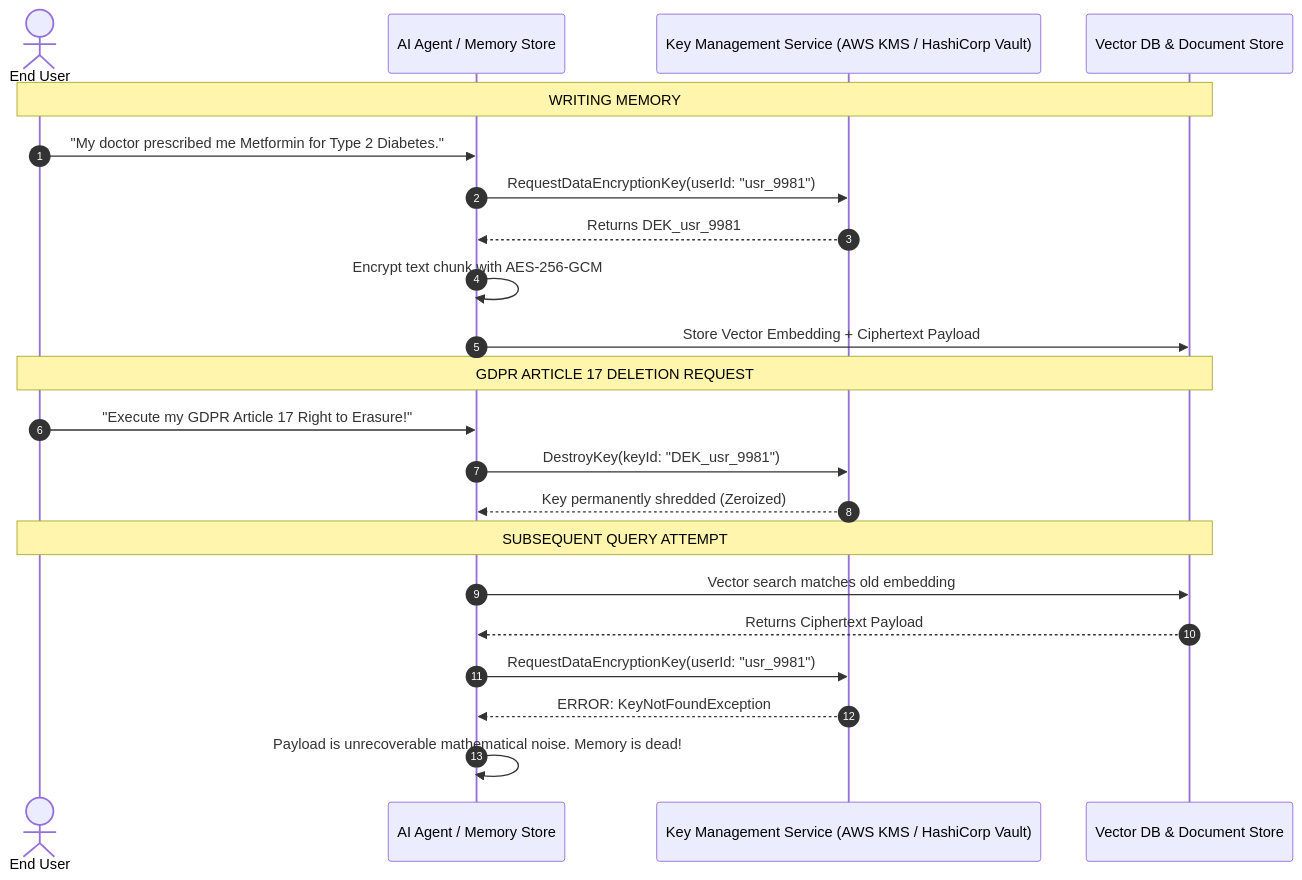
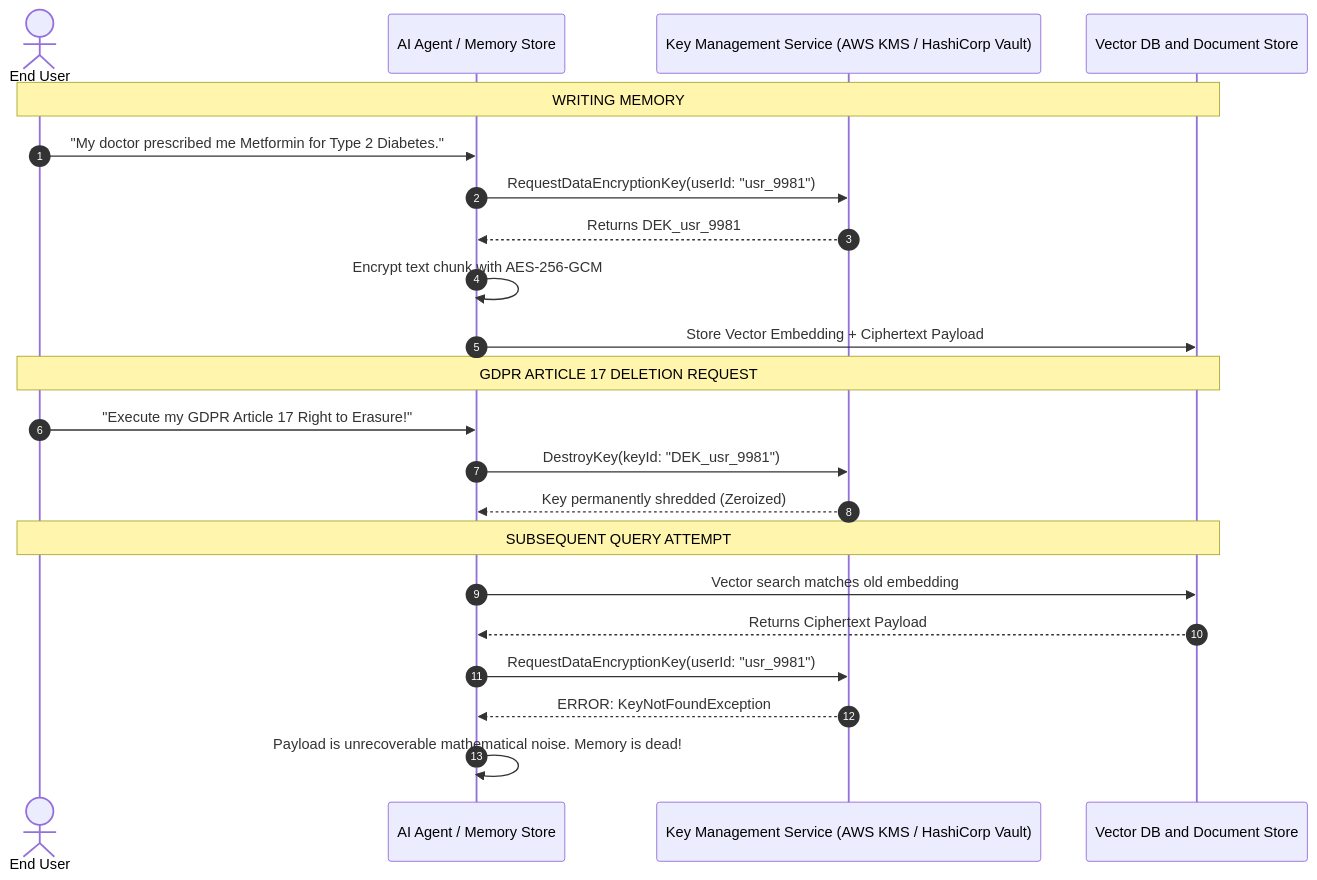
Before and after one commit to dip4k/senior-engineer-to-ai-engineer-roadmap: the tenth of 12 diagrams in resources/ai-governance-and-compliance-guide.md, drawn with Mermaid. The commit also changed other lines of this file and 26 other files, not shown here.

````diff
--- a/resources/ai-governance-and-compliance-guide.md
+++ b/resources/ai-governance-and-compliance-guide.md
@@ -374,27 +374,27 @@
 ```mermaid
 sequenceDiagram
     autonumber
     actor User as End User
     participant Agent as AI Agent / Memory Store
     participant KMS as Key Management Service (AWS KMS / HashiCorp Vault)
-    participant VectorDB as Vector DB & Document Store
+    participant VectorDB as Vector DB and Document Store
 
     Note over User,VectorDB: WRITING MEMORY
     User->>Agent: "My doctor prescribed me Metformin for Type 2 Diabetes."
     Agent->>KMS: RequestDataEncryptionKey(userId: "usr_9981")
     KMS-->>Agent: Returns DEK_usr_9981
     Agent->>Agent: Encrypt text chunk with AES-256-GCM
     Agent->>VectorDB: Store Vector Embedding + Ciphertext Payload
 
     Note over User,VectorDB: GDPR ARTICLE 17 DELETION REQUEST
     User->>Agent: "Execute my GDPR Article 17 Right to Erasure!"
     Agent->>KMS: DestroyKey(keyId: "DEK_usr_9981")
     KMS-->>Agent: Key permanently shredded (Zeroized)
 
     Note over User,VectorDB: SUBSEQUENT QUERY ATTEMPT
     Agent->>VectorDB: Vector search matches old embedding
     VectorDB-->>Agent: Returns Ciphertext Payload
     Agent->>KMS: RequestDataEncryptionKey(userId: "usr_9981")
     KMS-->>Agent: ERROR: KeyNotFoundException
     Agent->>Agent: Payload is unrecoverable mathematical noise. Memory is dead!
 ```
````
